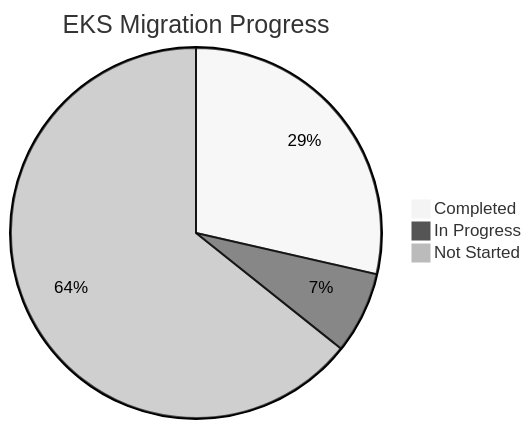
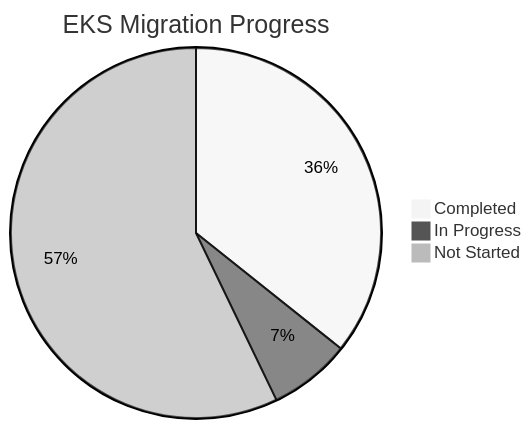
The first of 3 diagrams in memory-bank/tasks.md (yoonsoo-park/k8s-n8n-nabi), drawn with Mermaid (neutral theme) before and after one commit. The commit also changed other lines of this file, not shown here.

````diff
--- a/memory-bank/tasks.md
+++ b/memory-bank/tasks.md
@@ -367,6 +367,6 @@
 ```mermaid
 pie title EKS Migration Progress
-    "Completed" : 4
+    "Completed" : 5
     "In Progress" : 1
-    "Not Started" : 9
+    "Not Started" : 8
 ```
````
